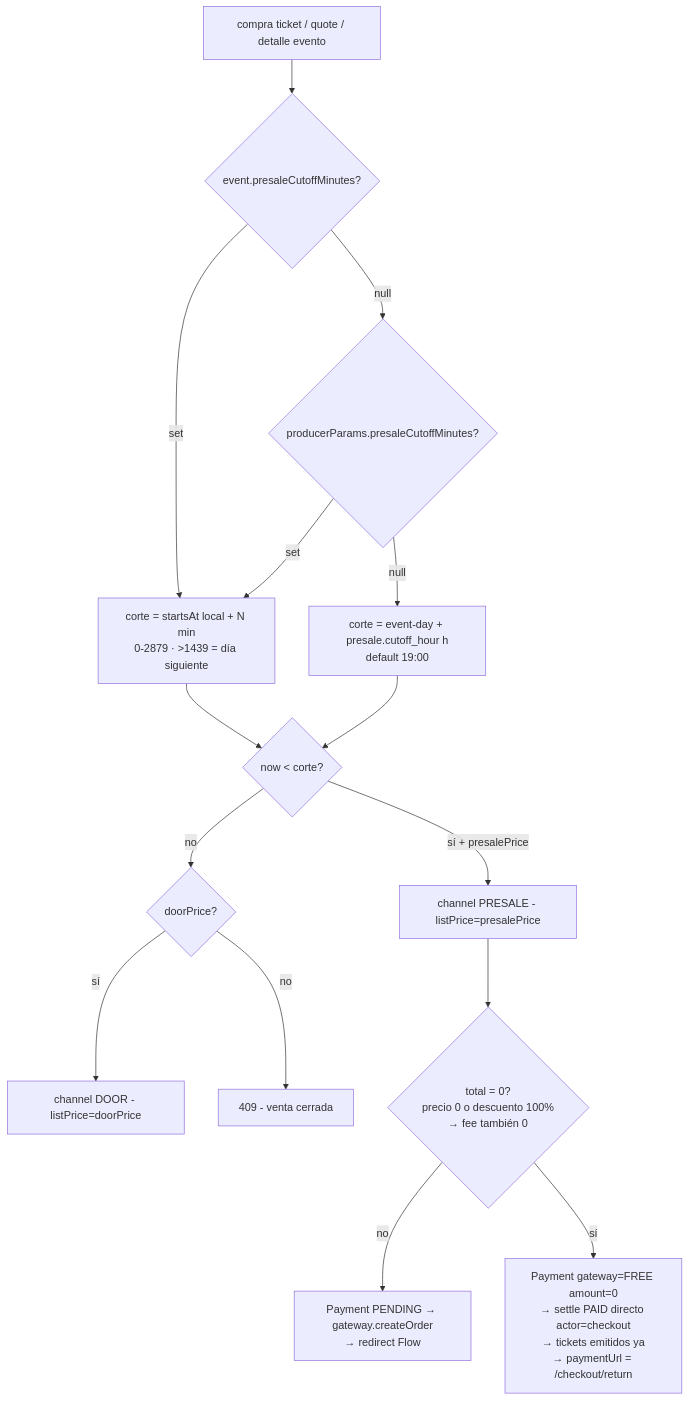
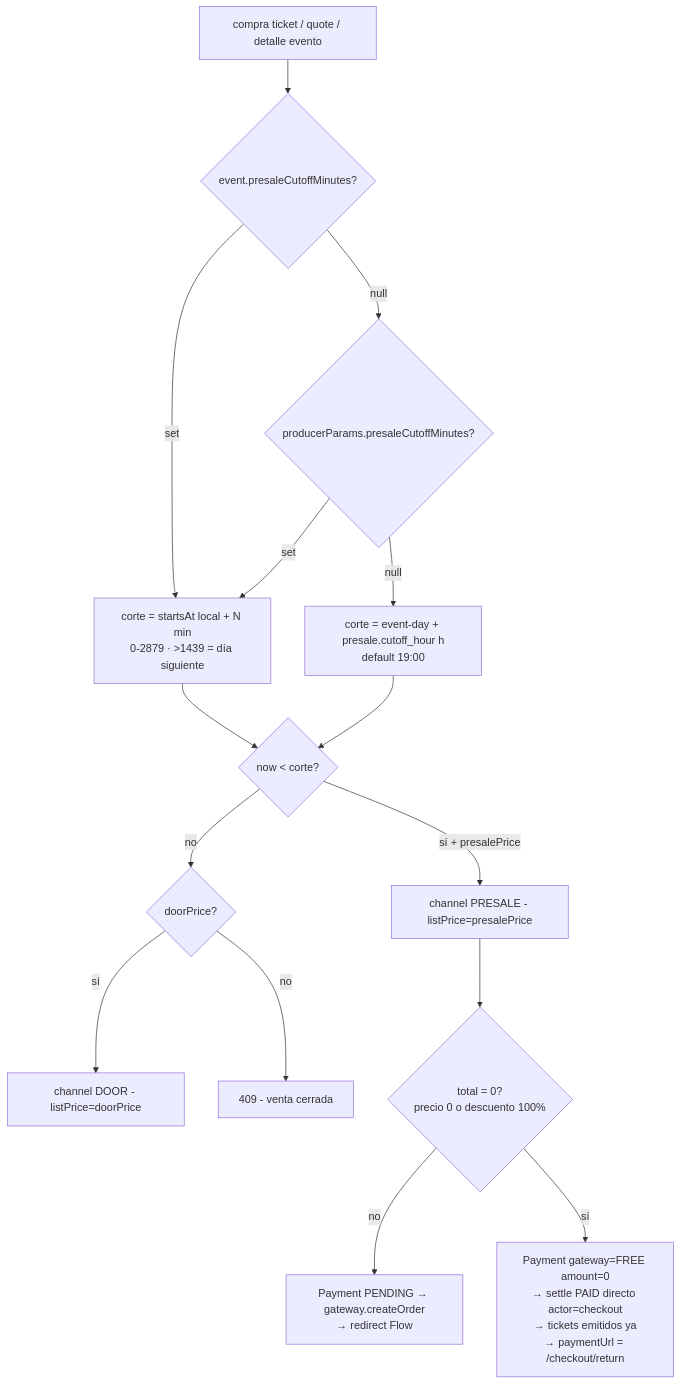
The fifth of 36 diagrams in docs/flows.md (EduardoSalasG/omnidance), drawn with Mermaid before and after one commit. The commit also changed other lines of this file and 50 other files, not shown here.

````diff
--- a/docs/flows.md
+++ b/docs/flows.md
@@ -109,17 +109,17 @@
 ```mermaid
 flowchart TD
     A[compra ticket / quote / detalle evento] --> B{event.presaleCutoffMinutes?}
     B -->|set| C[corte = startsAt local + N min<br/>0-2879 · >1439 = día siguiente]
     B -->|null| D{producerParams.presaleCutoffMinutes?}
     D -->|set| C
     D -->|null| E[corte = event-day + presale.cutoff_hour h<br/>default 19:00]
     C --> F{now < corte?}
     E --> F
     F -->|sí + presalePrice| G[channel PRESALE - listPrice=presalePrice]
     F -->|no| H{doorPrice?}
     H -->|sí| I[channel DOOR - listPrice=doorPrice]
     H -->|no| J[409 - venta cerrada]
-    G --> K{total = 0?<br/>precio 0 o descuento 100%<br/>→ fee también 0}
+    G --> K{total = 0?<br/>precio 0 o descuento 100%}
     K -->|no| L[Payment PENDING → gateway.createOrder<br/>→ redirect Flow]
     K -->|sí| M[Payment gateway=FREE amount=0<br/>→ settle PAID directo actor=checkout<br/>→ tickets emitidos ya<br/>→ paymentUrl = /checkout/return]
 ```
````
